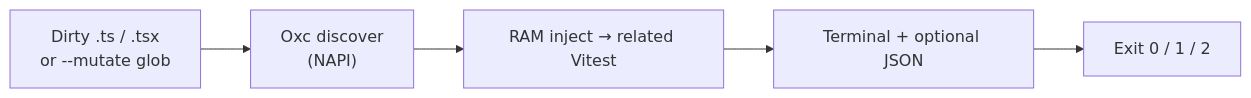
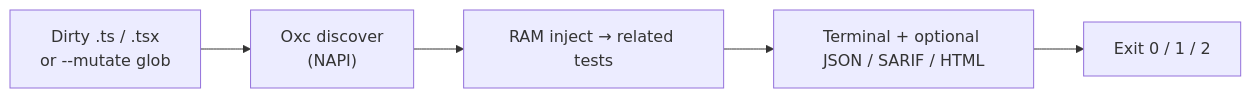
Before and after one commit to RexySaragih/puca: the first of 3 diagrams in README.md, drawn with Mermaid. The commit also changed other lines of this file and 48 other files, not shown here.

````diff
--- a/README.md
+++ b/README.md
@@ -9,7 +9,7 @@
 ```mermaid
 flowchart LR
   Dirty["Dirty .ts / .tsx<br/>or --mutate glob"] --> Discover["Oxc discover<br/>(NAPI)"]
-  Discover --> Loop["RAM inject → related Vitest"]
-  Loop --> Report["Terminal + optional JSON"]
+  Discover --> Loop["RAM inject → related tests"]
+  Loop --> Report["Terminal + optional JSON / SARIF / HTML"]
   Report --> Exit["Exit 0 / 1 / 2"]
 ```
````
